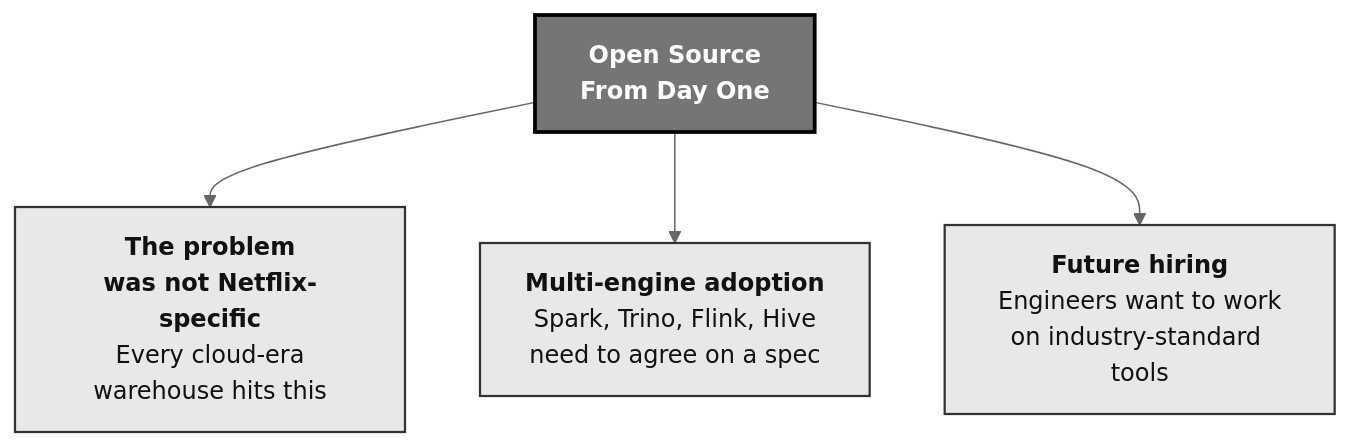
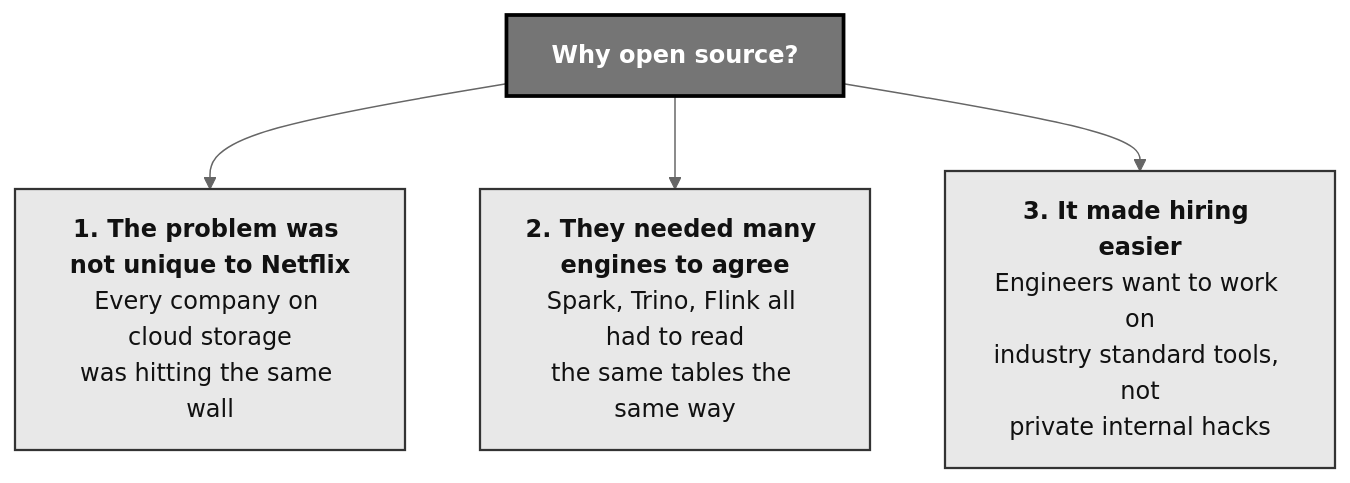
The fourth of 4 diagrams in _topics/netflix-iceberg-case-study.md (rilov/handbook), drawn with Mermaid before and after one commit. The commit also changed other lines of this file, not shown here.

Commit message:
Rewrite Netflix Iceberg case study in simple plain language with more detail and no AI-style punctuation

```diff
--- a/_topics/netflix-iceberg-case-study.md
+++ b/_topics/netflix-iceberg-case-study.md
@@ -265,11 +377,11 @@
 <div class="mermaid">
 %%{init: {'theme':'neutral', 'themeVariables': {'fontSize':'16px', 'fontFamily':'Helvetica, Arial, sans-serif'}}}%%
 graph TD
-    OS["<b>Open Source<br/>From Day One</b>"]
-    OS --> R1["<b>The problem<br/>was not Netflix-specific</b><br/>Every cloud-era<br/>warehouse hits this"]
-    OS --> R2["<b>Multi-engine adoption</b><br/>Spark, Trino, Flink, Hive<br/>need to agree on a spec"]
-    OS --> R3["<b>Future hiring</b><br/>Engineers want to work<br/>on industry-standard tools"]
+    OS["<b>Why open source?</b>"]
+    OS --> R1["<b>1. The problem was not unique to Netflix</b><br/>Every company on cloud storage<br/>was hitting the same wall"]
+    OS --> R2["<b>2. They needed many engines to agree</b><br/>Spark, Trino, Flink all had to read<br/>the same tables the same way"]
+    OS --> R3["<b>3. It made hiring easier</b><br/>Engineers want to work on<br/>industry standard tools, not<br/>private internal hacks"]
     classDef gray fill:#e8e8e8,stroke:#333,stroke-width:1.5px,color:#111
     class R1,R2,R3 gray
     style OS fill:#757575,stroke:#000,stroke-width:2.5px,color:#fff
 </div>
```
